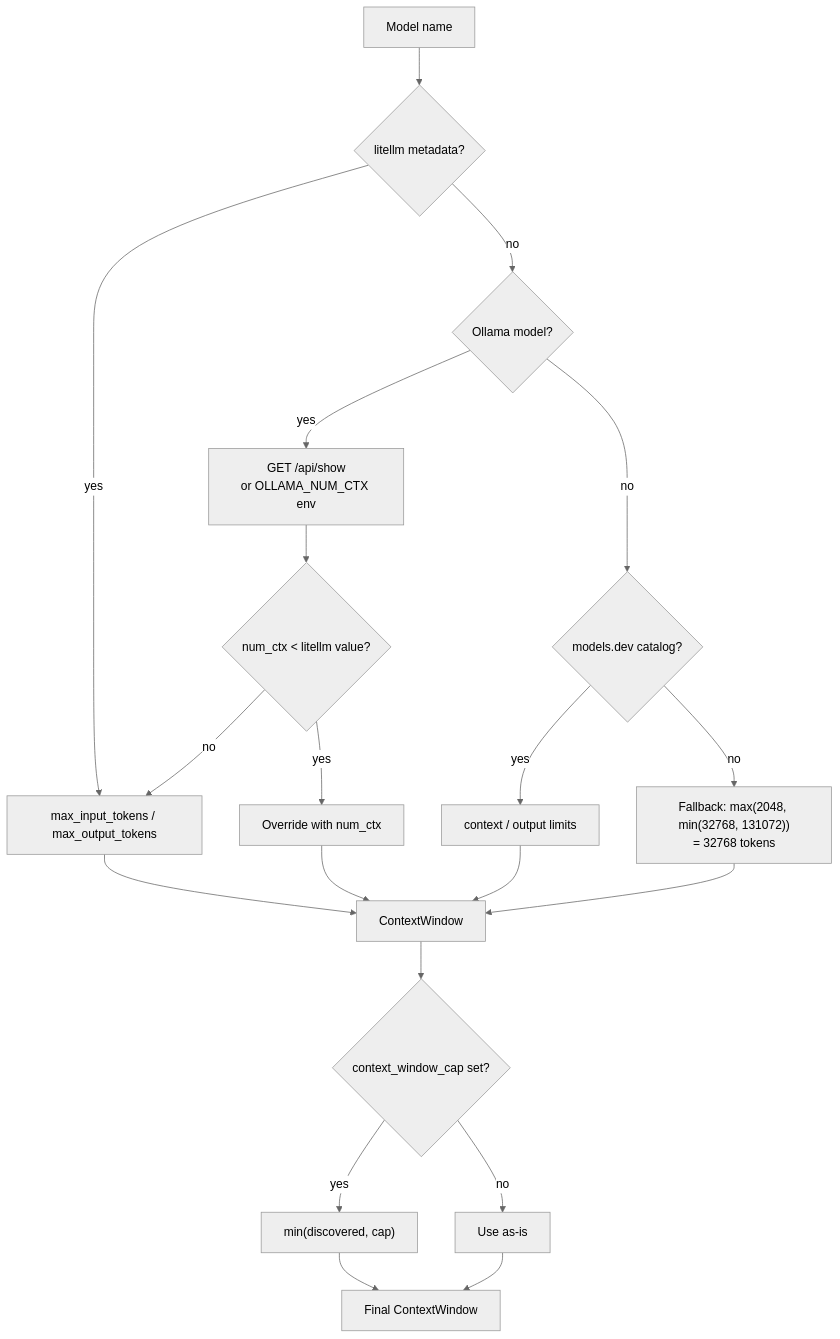
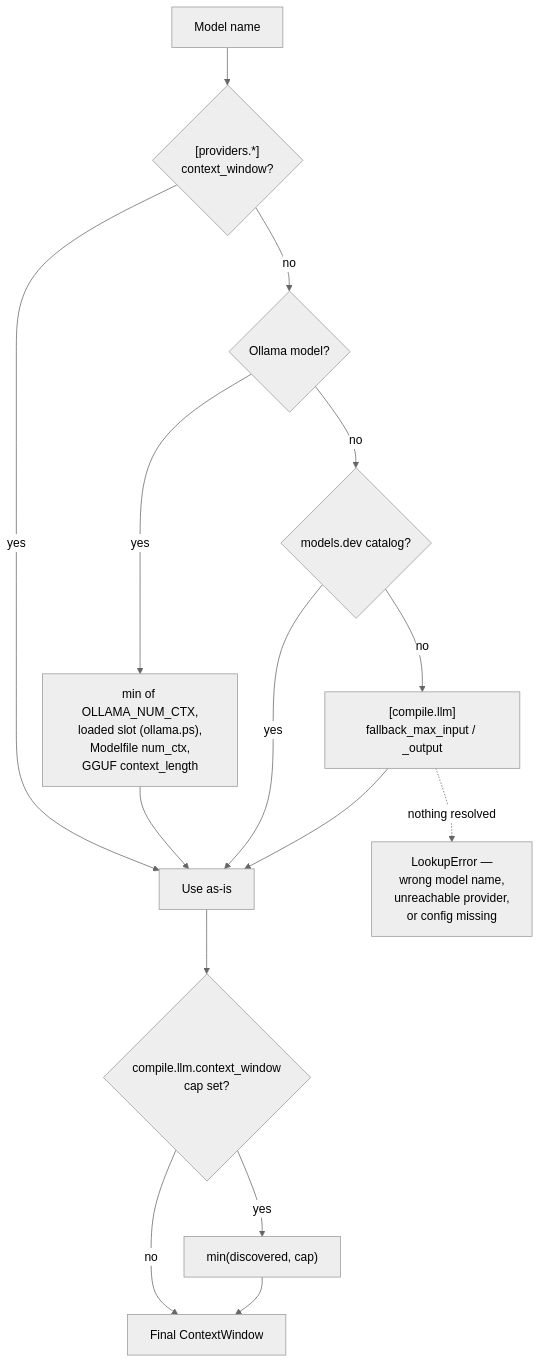
The first of 4 diagrams in docs/guides/model-context.md (jr2804/kompend), drawn with Mermaid (neutral theme) before and after one commit. The commit also changed other lines of this file and 4 other files, not shown here.

First line of the commit message:
chore(config): drop dead num_ctx_min/num_ctx_max keys

````diff
--- a/docs/guides/model-context.md
+++ b/docs/guides/model-context.md
@@ -21,22 +21,17 @@
 ```mermaid
 flowchart TD
-    A[Model name] --> B{litellm metadata?}
-    B -- yes --> C[max_input_tokens / max_output_tokens]
+    A[Model name] --> B{"[providers.*]<br/>context_window?"}
+    B -- yes --> C[Use as-is]
     B -- no --> D{Ollama model?}
-    D -- yes --> E["GET /api/show<br/>or OLLAMA_NUM_CTX env"]
-    E --> F{num_ctx < litellm value?}
-    F -- yes --> G[Override with num_ctx]
-    F -- no --> C
-    D -- no --> Md{models.dev catalog?}
-    Md -- yes --> MdC[context / output limits]
-    Md -- no --> H["Fallback: max(2048, min(32768, 131072))<br/>= 32768 tokens"]
-    C --> I[ContextWindow]
-    G --> I
-    MdC --> I
-    H --> I
-    I --> J{context_window_cap set?}
-    J -- yes --> K["min(discovered, cap)"]
-    J -- no --> L[Use as-is]
-    K --> M[Final ContextWindow]
-    L --> M
+    D -- yes --> E["min of OLLAMA_NUM_CTX,<br/>loaded slot (ollama.ps),<br/>Modelfile num_ctx,<br/>GGUF context_length"]
+    E --> C
+    D -- no --> F{models.dev catalog?}
+    F -- yes --> C
+    F -- no --> G["[compile.llm]<br/>fallback_max_input / _output"]
+    G --> C
+    C --> H{"compile.llm.context_window<br/>cap set?"}
+    H -- yes --> I["min(discovered, cap)"]
+    H -- no --> J[Final ContextWindow]
+    I --> J
+    G -.->|nothing resolved| K["LookupError —<br/>wrong model name,<br/>unreachable provider,<br/>or config missing"]
 ```
````
